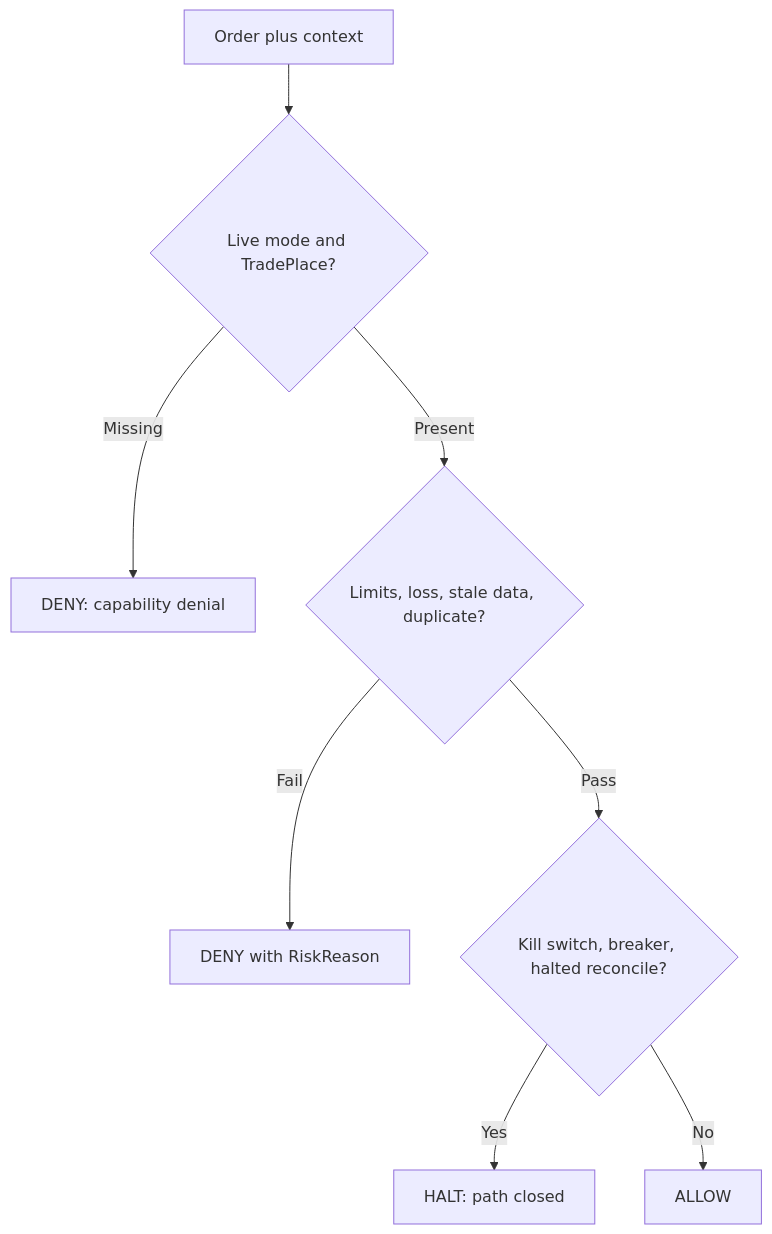
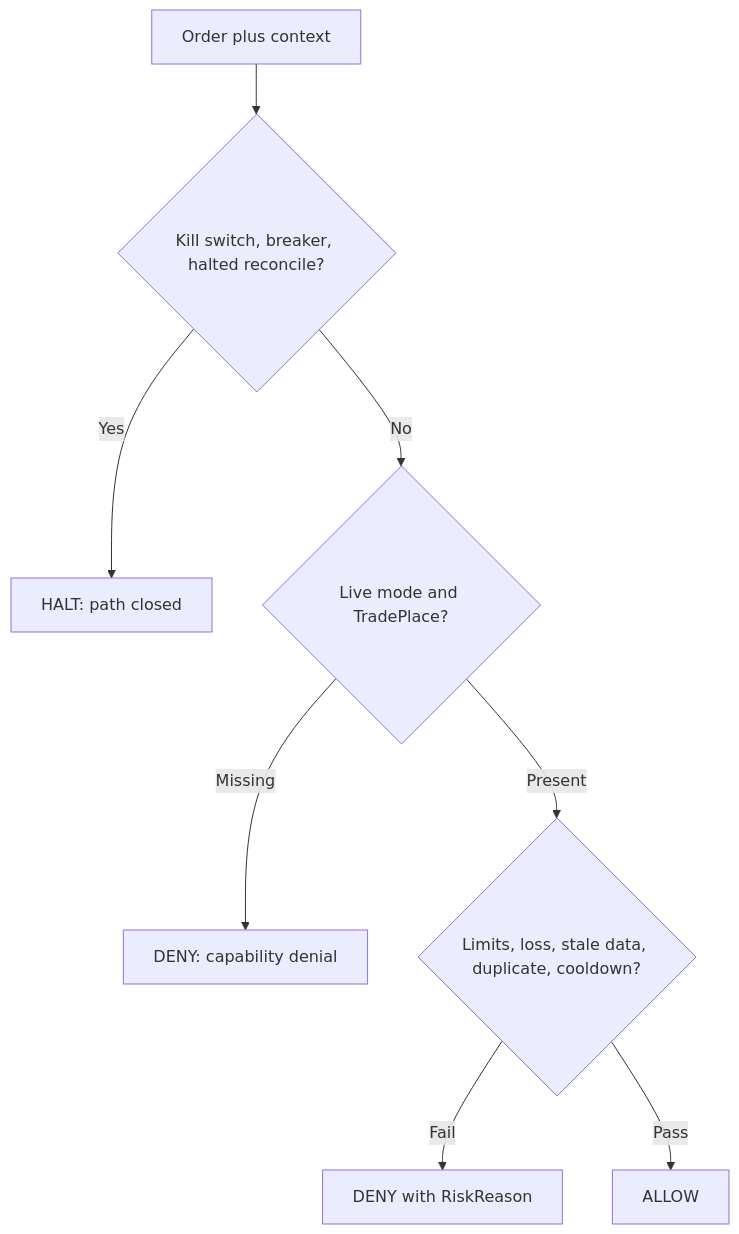
One commit to D1ZZY4/indodax-mcp changed the diagram in docs/risk/policy.md. Above: the diagram before and after it, drawn with Mermaid. The commit also changed 14 other files, not shown here.

First line of the commit message:
docs(truth): remove doubles, fix stale claims, align diagrams

````diff
--- a/docs/risk/policy.md
+++ b/docs/risk/policy.md
@@ -3,10 +3,10 @@
 ```mermaid
 flowchart TD
-    Req["Order plus context"] --> Live{"Live mode and TradePlace?"}
+    Req["Order plus context"] --> Halt{"Kill switch, breaker, halted reconcile?"}
+    Halt -->|"Yes"| HaltOut["HALT: path closed"]
+    Halt -->|"No"| Live{"Live mode and TradePlace?"}
     Live -->|"Missing"| Deny1["DENY: capability denial"]
-    Live -->|"Present"| Checks{"Limits, loss, stale data, duplicate?"}
+    Live -->|"Present"| Checks{"Limits, loss, stale data, duplicate, cooldown?"}
     Checks -->|"Fail"| Deny2["DENY with RiskReason"]
-    Checks -->|"Pass"| Halt{"Kill switch, breaker, halted reconcile?"}
-    Halt -->|"Yes"| HaltOut["HALT: path closed"]
-    Halt -->|"No"| Allow["ALLOW"]
+    Checks -->|"Pass"| Allow["ALLOW"]
 ```
````
